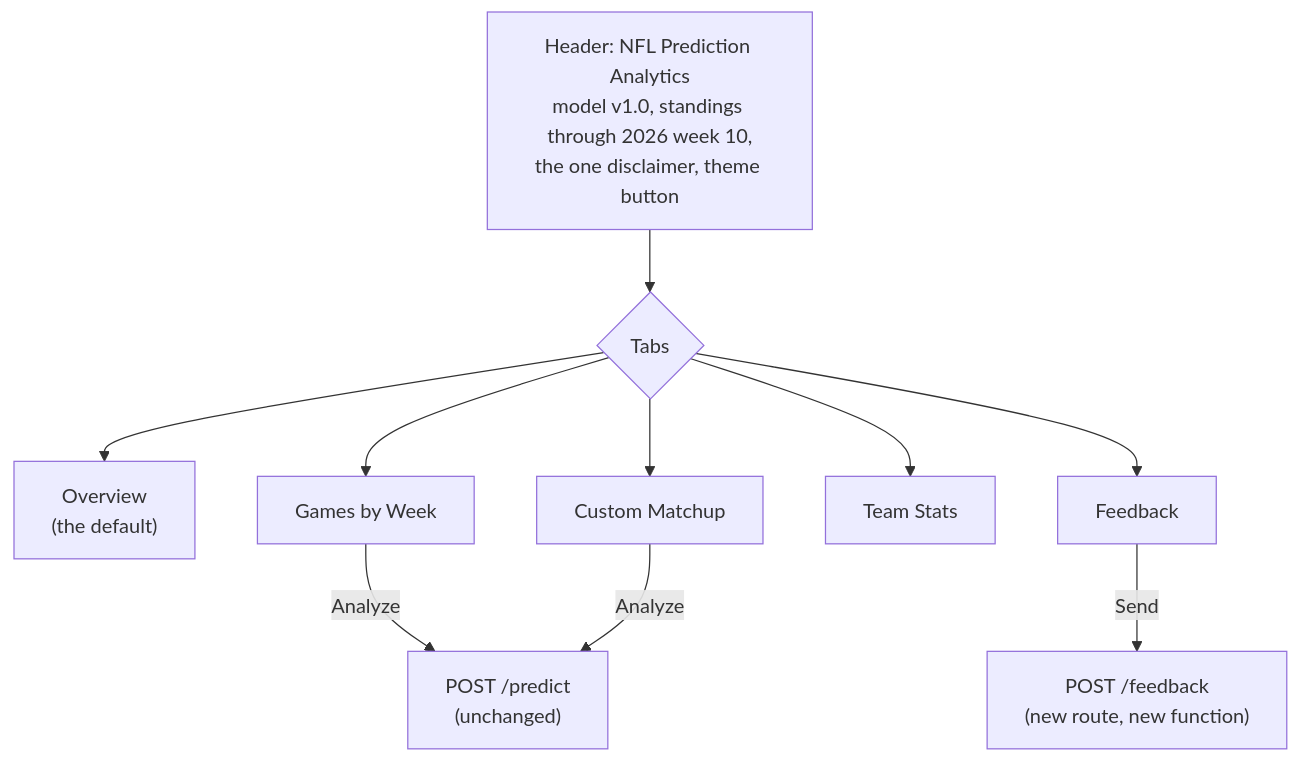
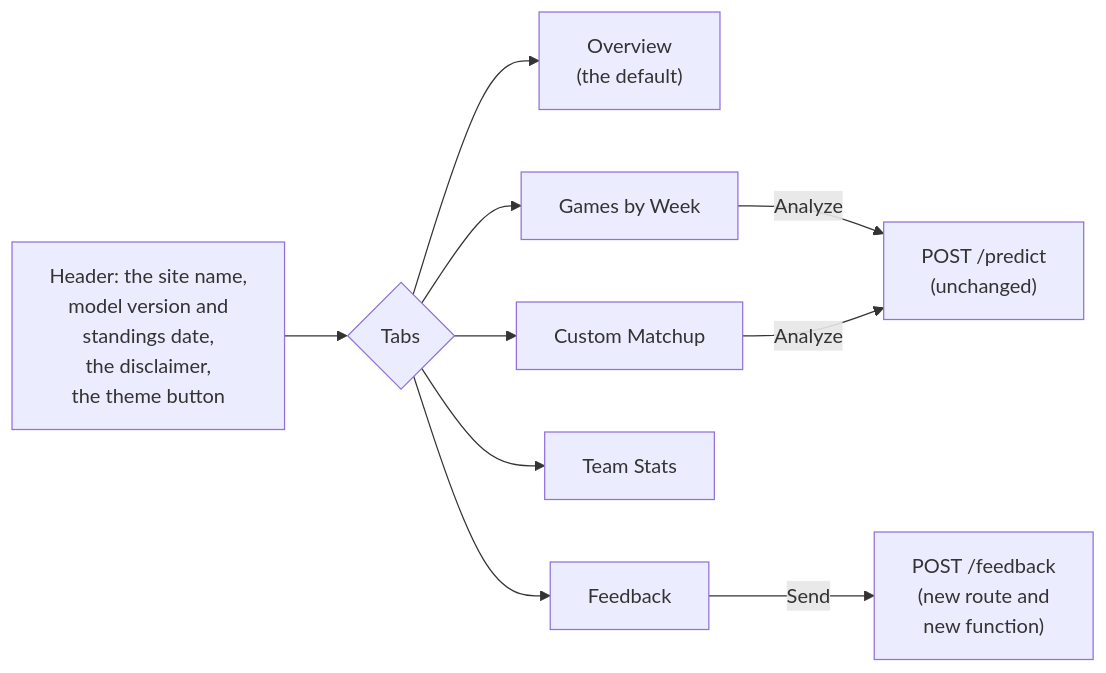
Before and after one commit to jconnors23/510-m3-nfl-prediction-analytics: the first of 3 diagrams in docs/implementation/phase-5/implementation-part-2.md, drawn with Mermaid. The commit also changed other lines of this file and 47 other files, not shown here.

````diff
--- a/docs/implementation/phase-5/implementation-part-2.md
+++ b/docs/implementation/phase-5/implementation-part-2.md
@@ -14,13 +14,13 @@
 ```mermaid
-flowchart TB
-    H["Header: NFL Prediction Analytics<br/>model v1.0, standings through 2026 week 10,<br/>the one disclaimer, theme button"]
+flowchart LR
+    H["Header: the site name,<br/>model version and<br/>standings date,<br/>the disclaimer,<br/>the theme button"]
     H --> T{"Tabs"}
     T --> O["Overview<br/>(the default)"]
     T --> G["Games by Week"]
     T --> M["Custom Matchup"]
     T --> S["Team Stats"]
     T --> F["Feedback"]
     G -->|"Analyze"| API["POST /predict<br/>(unchanged)"]
     M -->|"Analyze"| API
-    F -->|"Send"| FB["POST /feedback<br/>(new route, new function)"]
+    F -->|"Send"| FB["POST /feedback<br/>(new route and<br/>new function)"]
 ```
````
